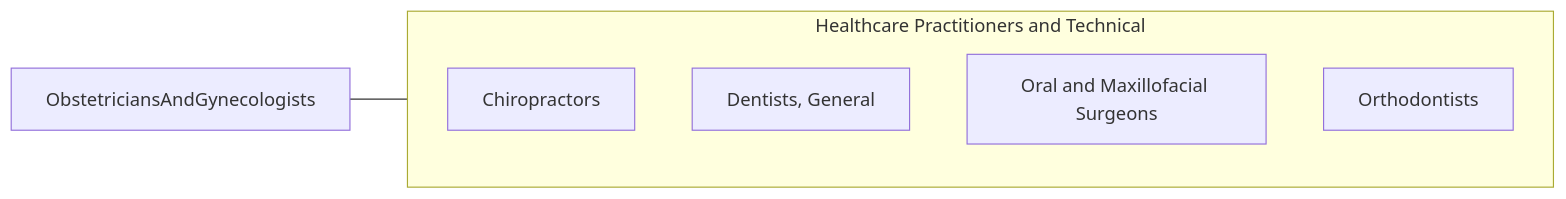
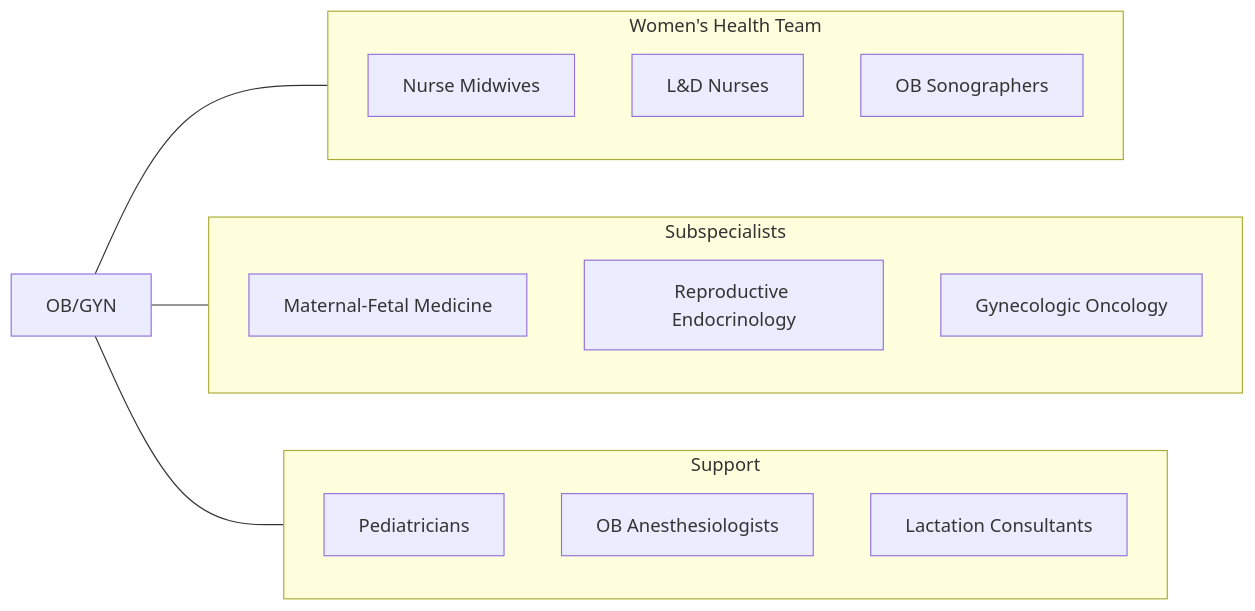
Before and after one commit to kziemski/business.org.ai: the fourth of 4 diagrams in occupations/HealthcarePractitioners/ObstetriciansAndGynecologists.mdx, drawn with Mermaid. The commit also changed other lines of this file and 938 other files, not shown here.

````diff
--- a/occupations/HealthcarePractitioners/ObstetriciansAndGynecologists.mdx
+++ b/occupations/HealthcarePractitioners/ObstetriciansAndGynecologists.mdx
@@ -101,13 +208,26 @@
 ```mermaid
 graph LR
-    Current["ObstetriciansAndGynecologists"]
+    Current["OB/GYN"]
 
-    subgraph SameCategory["Healthcare Practitioners and Technical"]
-        Chiropractors["Chiropractors"]
-        DentistsGeneral["Dentists, General"]
-        OralAndMaxillofacial["Oral and Maxillofacial Surgeons"]
-        Orthodontists["Orthodontists"]
+    subgraph WomensHealth["Women's Health Team"]
+        CNM["Nurse Midwives"]
+        LDNurses["L&D Nurses"]
+        Sonographers["OB Sonographers"]
     end
 
-    Current --- SameCategory
+    subgraph Subspecialists["Subspecialists"]
+        MFM["Maternal-Fetal Medicine"]
+        REI["Reproductive Endocrinology"]
+        GynOnc["Gynecologic Oncology"]
+    end
+
+    subgraph Support["Support"]
+        Pediatricians["Pediatricians"]
+        Anesthesiologists["OB Anesthesiologists"]
+        Lactation["Lactation Consultants"]
+    end
+
+    Current --- WomensHealth
+    Current --- Subspecialists
+    Current --- Support
 ```
````
